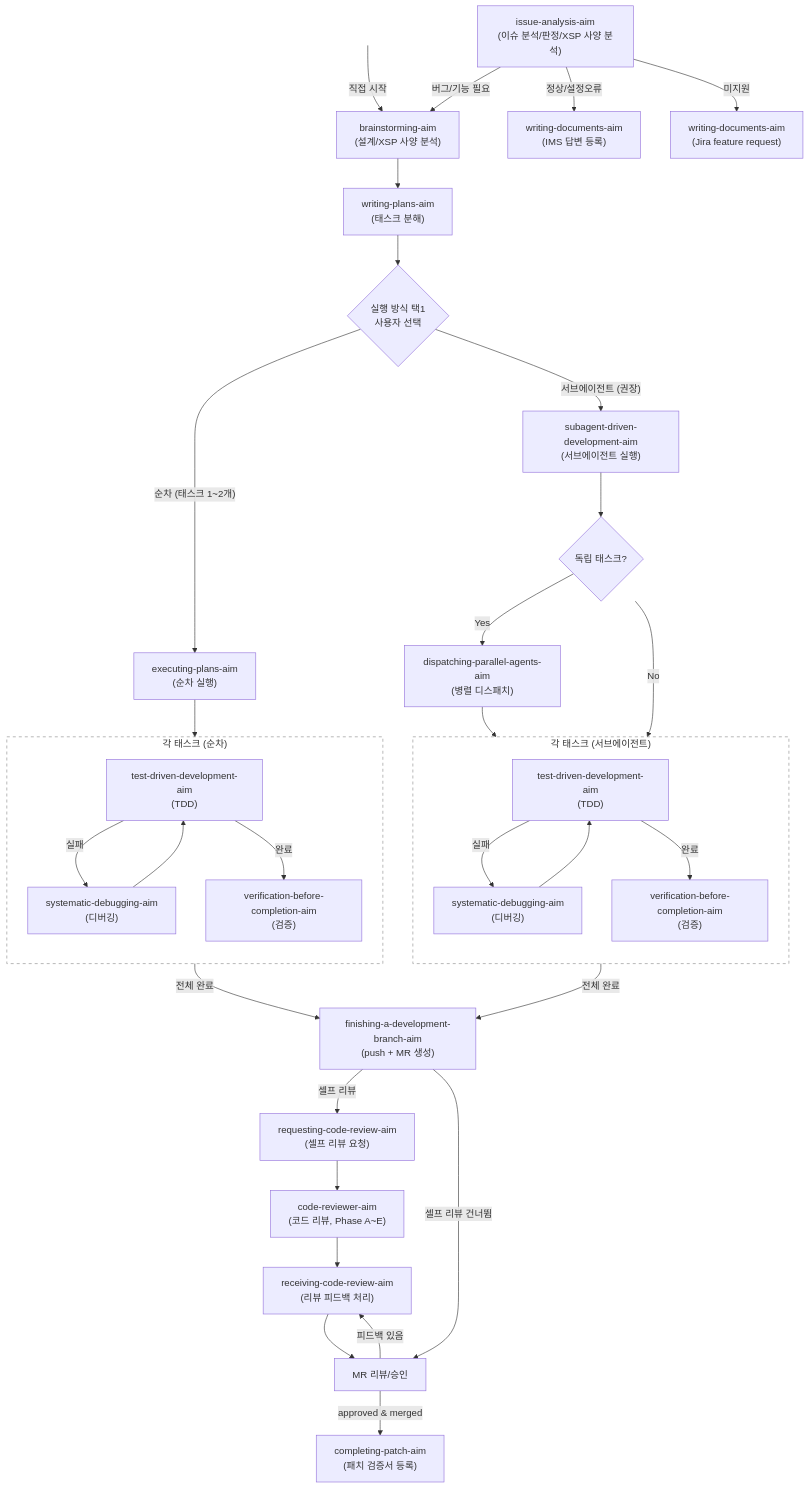
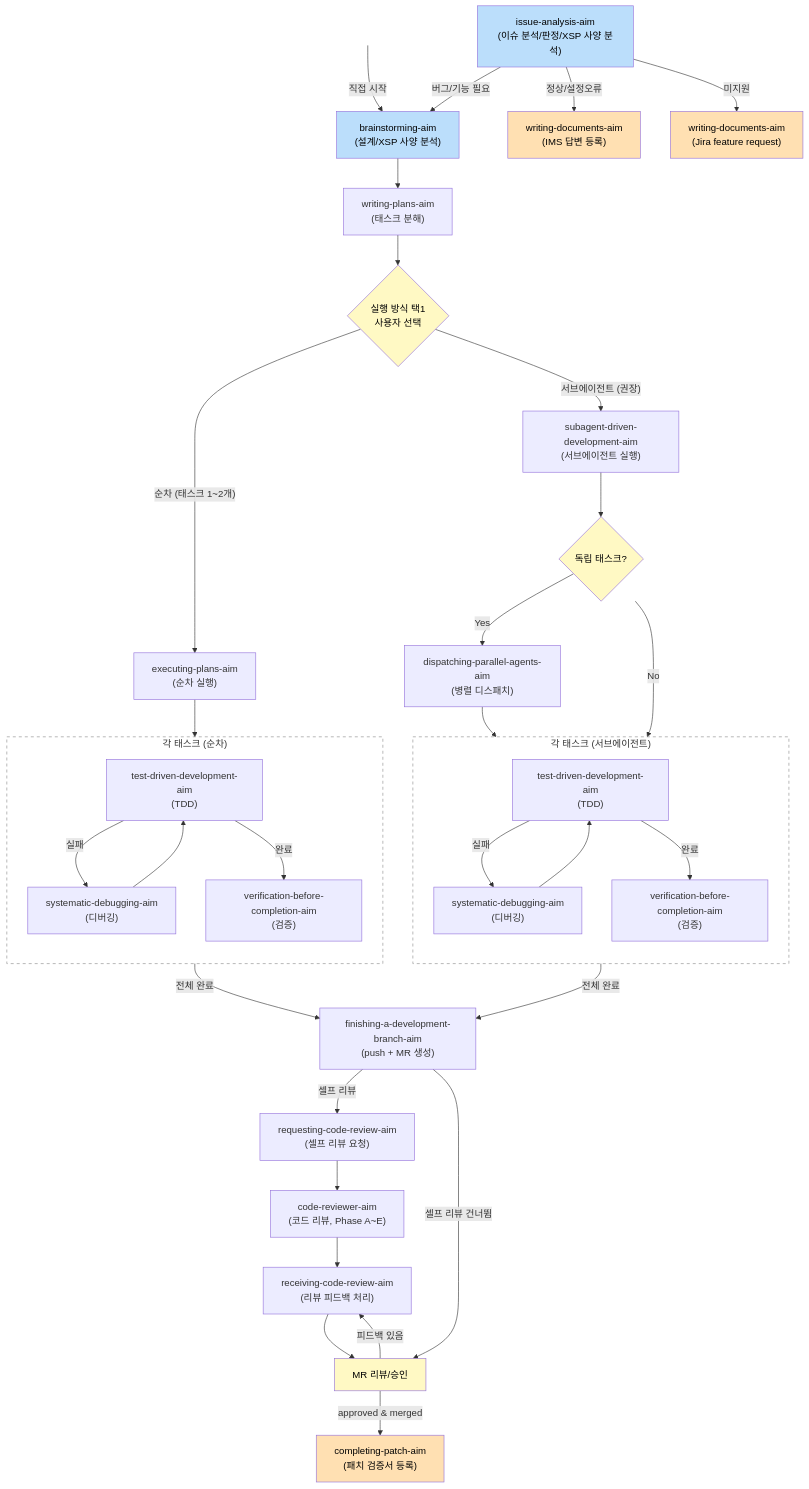
One commit to kmj5228/aim-harness changed the diagram in README.md. Above: the diagram before and after it, drawn with Mermaid.

Commit message:
style: minimal colors - start(blue), end(orange), decision(yellow)

````diff
--- a/README.md
+++ b/README.md
@@ -77,47 +77,61 @@
 ```mermaid
 flowchart TD
     A["issue-analysis-aim\n(이슈 분석/판정/XSP 사양 분석)"] -->|"버그/기능 필요"| B["brainstorming-aim\n(설계/XSP 사양 분석)"]
     START[ ] -->|직접 시작| B
     B --> C["writing-plans-aim\n(태스크 분해)"]
     C --> D{실행 방식 택1\n사용자 선택}
 
     D -->|"순차 (태스크 1~2개)"| E["executing-plans-aim\n(순차 실행)"]
     E --> TDD1
 
     D -->|"서브에이전트 (권장)"| F["subagent-driven-development-aim\n(서브에이전트 실행)"]
     F --> H{독립 태스크?}
     H -->|"Yes"| P1["dispatching-parallel-agents-aim\n(병렬 디스패치)"]
     H -->|"No"| TDD2
     P1 --> TDD2
 
     subgraph TDD1 ["각 태스크 (순차)"]
         direction TB
         G1["test-driven-development-aim\n(TDD)"] -->|실패| I1["systematic-debugging-aim\n(디버깅)"]
         I1 --> G1
         G1 -->|완료| J1["verification-before-completion-aim\n(검증)"]
     end
 
     subgraph TDD2 ["각 태스크 (서브에이전트)"]
         direction TB
         G2["test-driven-development-aim\n(TDD)"] -->|실패| I2["systematic-debugging-aim\n(디버깅)"]
         I2 --> G2
         G2 -->|완료| J2["verification-before-completion-aim\n(검증)"]
     end
 
     TDD1 -->|전체 완료| K["finishing-a-development-branch-aim\n(push + MR 생성)"]
     TDD2 -->|전체 완료| K
     K -->|셀프 리뷰| L["requesting-code-review-aim\n(셀프 리뷰 요청)"]
     L --> M["code-reviewer-aim\n(코드 리뷰, Phase A~E)"]
     K -->|셀프 리뷰 건너뜀| MR[MR 리뷰/승인]
     M --> RCV["receiving-code-review-aim\n(리뷰 피드백 처리)"]
     RCV --> MR
     MR -->|피드백 있음| RCV
     MR -->|approved & merged| N["completing-patch-aim\n(패치 검증서 등록)"]
 
     A -->|"정상/설정오류"| O["writing-documents-aim\n(IMS 답변 등록)"]
     A -->|"미지원"| Q["writing-documents-aim\n(Jira feature request)"]
 
     style START fill:transparent,stroke:transparent
     style TDD1 fill:transparent,stroke:#888,stroke-dasharray: 5 5
     style TDD2 fill:transparent,stroke:#888,stroke-dasharray: 5 5
+
+    %% 시작 (파랑)
+    style A fill:#bbdefb,color:#000
+    style B fill:#bbdefb,color:#000
+
+    %% 끝 (주황)
+    style N fill:#ffe0b2,color:#000
+    style O fill:#ffe0b2,color:#000
+    style Q fill:#ffe0b2,color:#000
+
+    %% 분기 (노랑)
+    style D fill:#fff9c4,color:#000
+    style H fill:#fff9c4,color:#000
+    style MR fill:#fff9c4,color:#000
 ```
````
